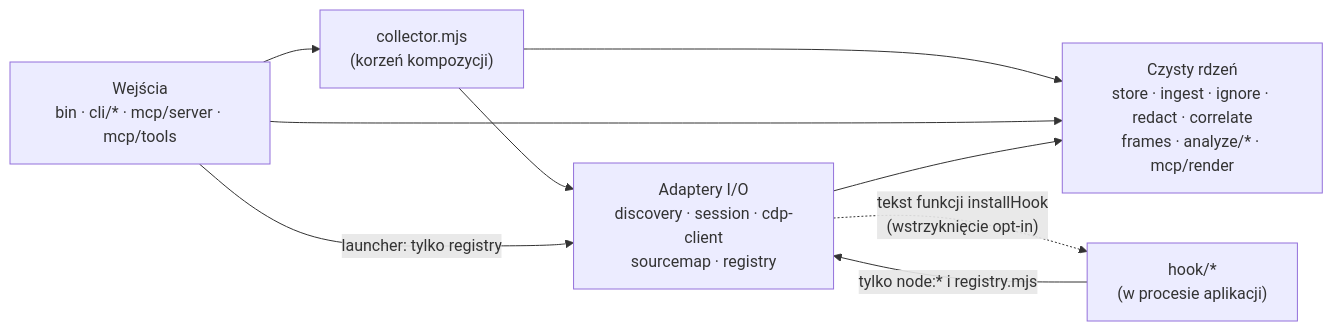
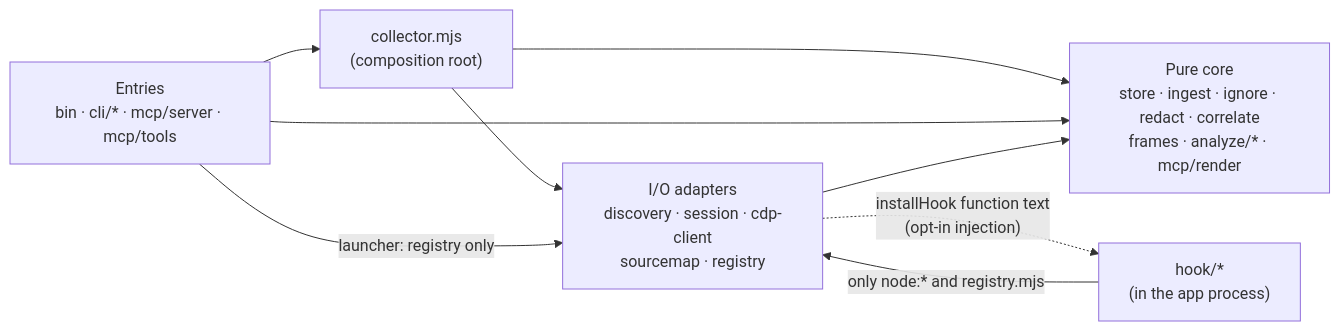
Before and after one commit to jakubprill/node-outbound-inspector: the second of 3 diagrams in docs/architecture.md, drawn with Mermaid. The commit also changed other lines of this file and 36 other files, not shown here.

First line of the commit message:
Documentation in English: CHANGELOG, ADRs (renamed to English slugs), architecture, security audit, Next MCP comparison, reports

````diff
--- a/docs/architecture.md
+++ b/docs/architecture.md
@@ -202,16 +202,16 @@
 ```mermaid
 flowchart LR
-  IN["Wejścia<br/>bin · cli/* · mcp/server · mcp/tools"]
-  ROOT["collector.mjs<br/>(korzeń kompozycji)"]
-  IO["Adaptery I/O<br/>discovery · session · cdp-client<br/>sourcemap · registry"]
-  CORE["Czysty rdzeń<br/>store · ingest · ignore · redact · correlate<br/>frames · analyze/* · mcp/render"]
-  HOOK["hook/*<br/>(w procesie aplikacji)"]
+  IN["Entries<br/>bin · cli/* · mcp/server · mcp/tools"]
+  ROOT["collector.mjs<br/>(composition root)"]
+  IO["I/O adapters<br/>discovery · session · cdp-client<br/>sourcemap · registry"]
+  CORE["Pure core<br/>store · ingest · ignore · redact · correlate<br/>frames · analyze/* · mcp/render"]
+  HOOK["hook/*<br/>(in the app process)"]
   IN --> ROOT
   ROOT --> IO
   ROOT --> CORE
   IN --> CORE
-  IN -->|"launcher: tylko registry"| IO
+  IN -->|"launcher: registry only"| IO
   IO --> CORE
-  HOOK -->|"tylko node:* i registry.mjs"| IO
-  IO -.->|"tekst funkcji installHook<br/>(wstrzyknięcie opt-in)"| HOOK
+  HOOK -->|"only node:* and registry.mjs"| IO
+  IO -.->|"installHook function text<br/>(opt-in injection)"| HOOK
 ```
````
